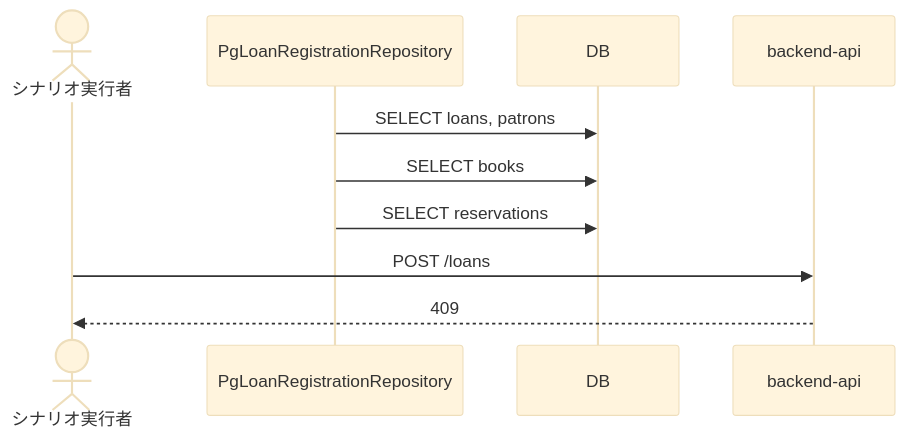
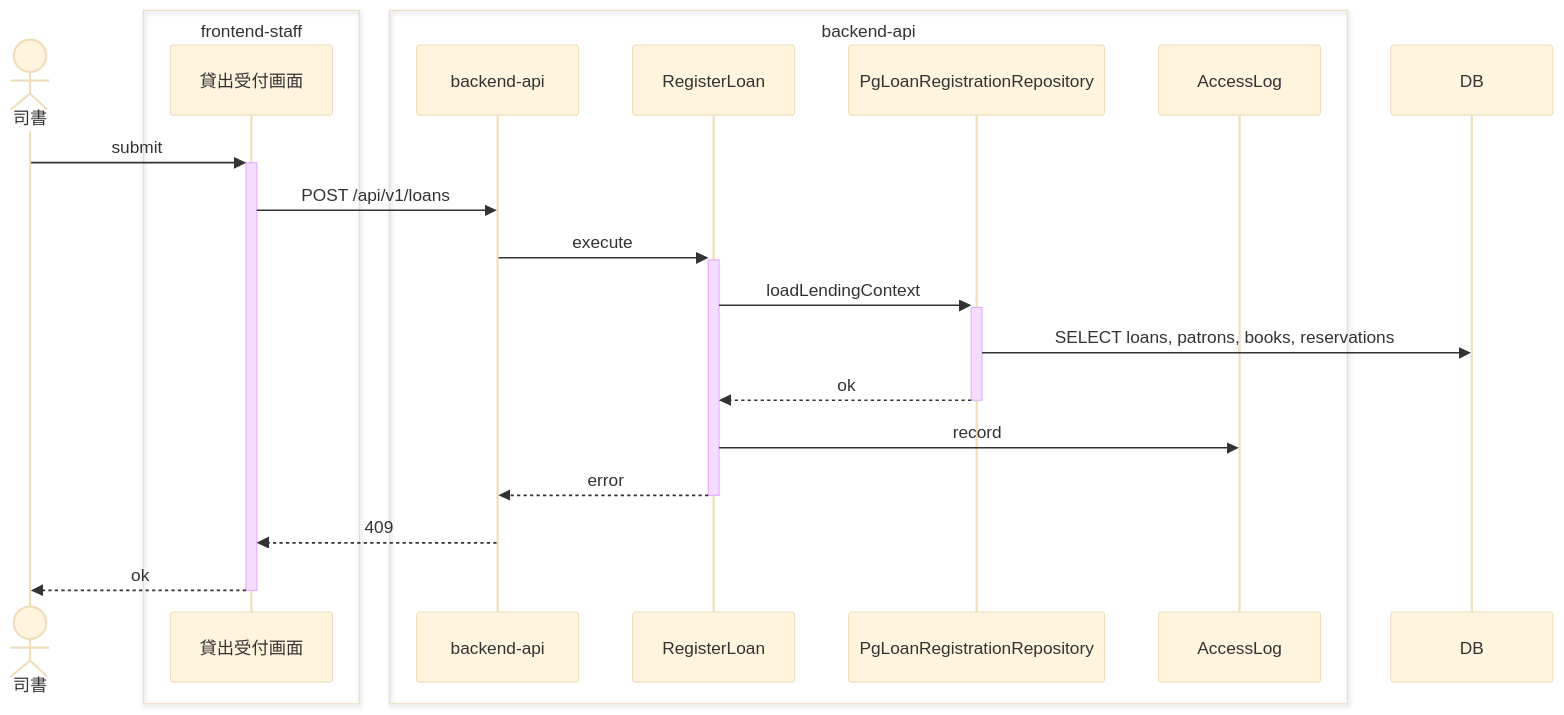
One commit to suwa-sh/suwa-sh-claude-plugins changed the ninth of 9 diagrams in samples/distillery2/library-loan/docs/as-built/貸出業務/貸出を登録する/sequence.md. Above: the diagram before and after it, drawn with Mermaid (base theme). The commit also changed other lines of this file and 64 other files, not shown here.

First line of the commit message:
feat(distillery2): as-built を読者の順に組み替え、e2e シーケンス図とデータフロー図を追加 (0.1.5)

````diff
--- a/samples/distillery2/library-loan/docs/as-built/貸出業務/貸出を登録する/sequence.md
+++ b/samples/distillery2/library-loan/docs/as-built/貸出業務/貸出を登録する/sequence.md
@@ -133,12 +247,24 @@
 ```mermaid
 sequenceDiagram
-    actor p0________ as シナリオ実行者
-    participant p1_PgLoanRegistrationRepository as PgLoanRegistrationRepository
-    participant p2_DB as DB
-    participant p3_backend_api as backend-api
-    p1_PgLoanRegistrationRepository->>p2_DB: SELECT loans, patrons
-    p1_PgLoanRegistrationRepository->>p2_DB: SELECT books
-    p1_PgLoanRegistrationRepository->>p2_DB: SELECT reservations
-    p0________->>p3_backend_api: POST /loans
-    p3_backend_api-->>p0________: 409
+    actor p0 as 司書
+    box transparent frontend-staff
+        participant p1 as 貸出受付画面
+    end
+    box transparent backend-api
+        participant p2 as backend-api
+        participant p3 as RegisterLoan
+        participant p4 as PgLoanRegistrationRepository
+        participant p6 as AccessLog
+    end
+    participant p5 as DB
+    p0->>+p1: submit
+    p1->>p2: POST /api/v1/loans
+    p2->>+p3: execute
+    p3->>+p4: loadLendingContext
+    p4->>p5: SELECT loans, patrons, books, reservations
+    p4-->>-p3: ok
+    p3->>p6: record
+    p3-->>-p2: error
+    p2-->>p1: 409
+    p1-->>-p0: ok
 ```
````
